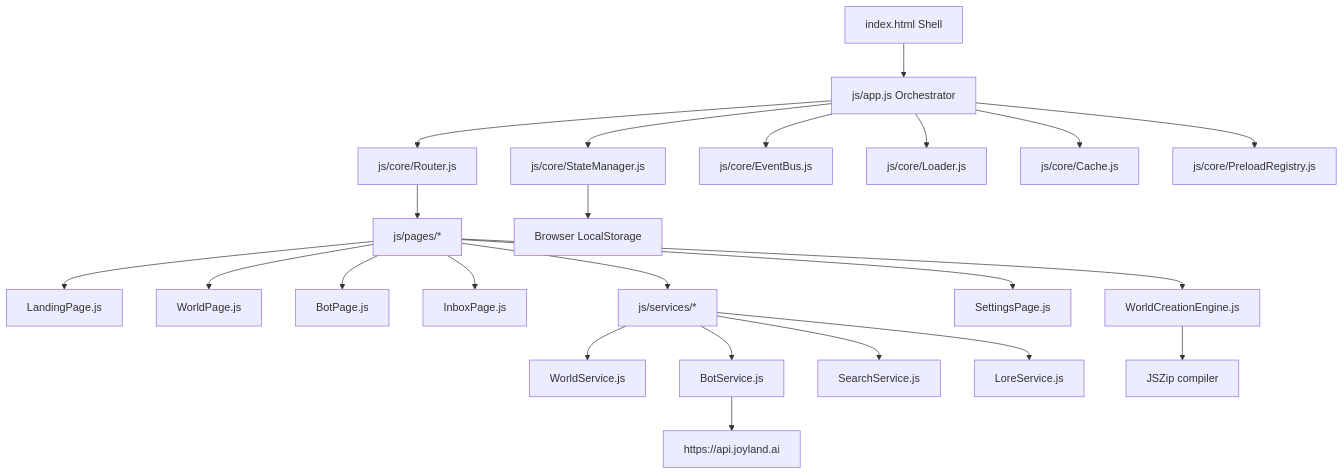
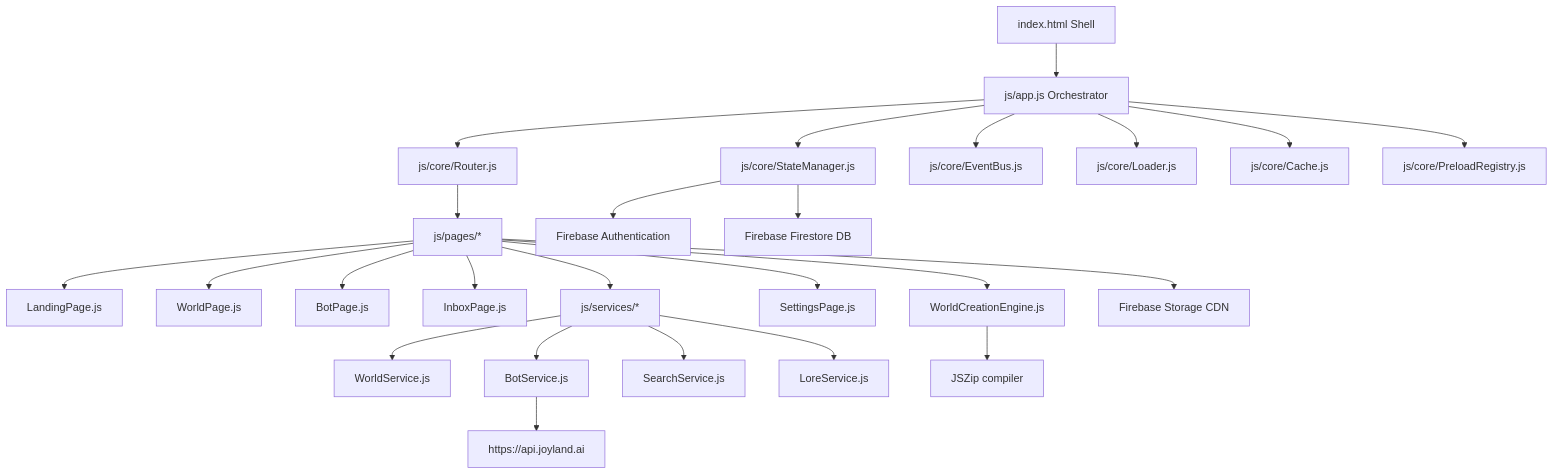
The first of 2 diagrams in SOFTWARE_REQUIREMENTS_DOCUMENT.md (minimumlogix/World-Nexus), drawn with Mermaid before and after one commit. The commit also changed other lines of this file, not shown here.

Commit message:
feat: migrate World-Nexus to Firebase Backend-as-a-Service for real-time cloud data synchronization and authentication

````diff
--- a/SOFTWARE_REQUIREMENTS_DOCUMENT.md
+++ b/SOFTWARE_REQUIREMENTS_DOCUMENT.md
@@ -34,34 +34,38 @@
 ```mermaid
 graph TD
     %% Base Layer
     Index[index.html Shell] --> App[js/app.js Orchestrator]
     
     %% Core Infrastructure
     App --> Router[js/core/Router.js]
     App --> State[js/core/StateManager.js]
     App --> Bus[js/core/EventBus.js]
     App --> Loader[js/core/Loader.js]
     App --> Cache[js/core/Cache.js]
     App --> Preload[js/core/PreloadRegistry.js]
 
     %% UI & Pages Layer
     Router --> Pages[js/pages/*]
     Pages --> LandingPage[LandingPage.js]
     Pages --> WorldPage[WorldPage.js]
     Pages --> BotPage[BotPage.js]
     Pages --> InboxPage[InboxPage.js]
     Pages --> Engine[WorldCreationEngine.js]
     Pages --> Settings[SettingsPage.js]
 
     %% Core Services Layer
     Pages --> Services[js/services/*]
     Services --> WorldService[WorldService.js]
     Services --> BotService[BotService.js]
     Services --> SearchService[SearchService.js]
     Services --> LoreService[LoreService.js]
 
-    %% External APIs & Persistence
+    %% External APIs & Firebase Backend
     BotService --> JoylandAPI["https://api.joyland.ai"]
-    State --> LocalStorage[Browser LocalStorage]
+    
+    %% Firebase Integration Layer
+    State --> FirebaseAuth[Firebase Authentication]
+    State --> FirebaseFirestore[Firebase Firestore DB]
+    Pages --> FirebaseStorage[Firebase Storage CDN]
     Engine --> JSZip[JSZip compiler]
 ```
````
